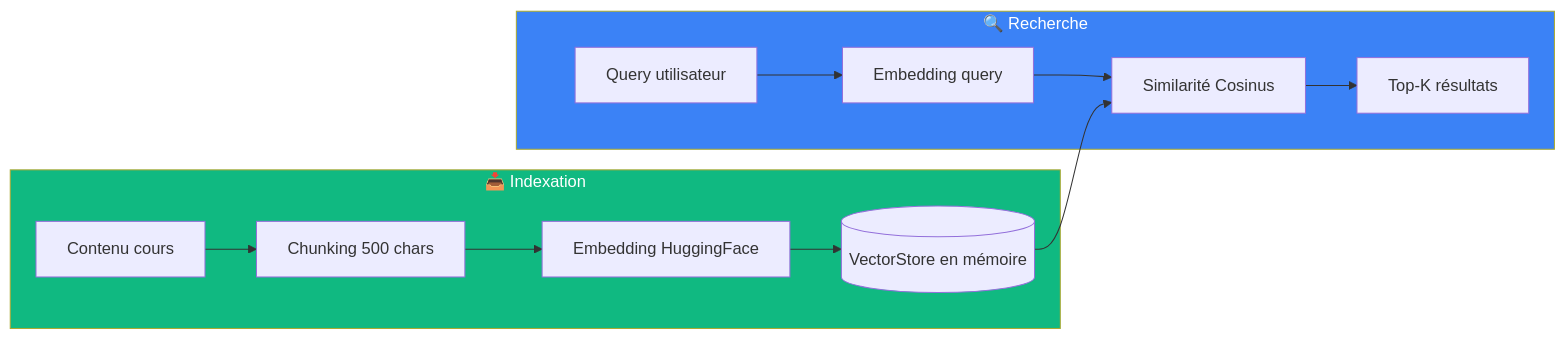
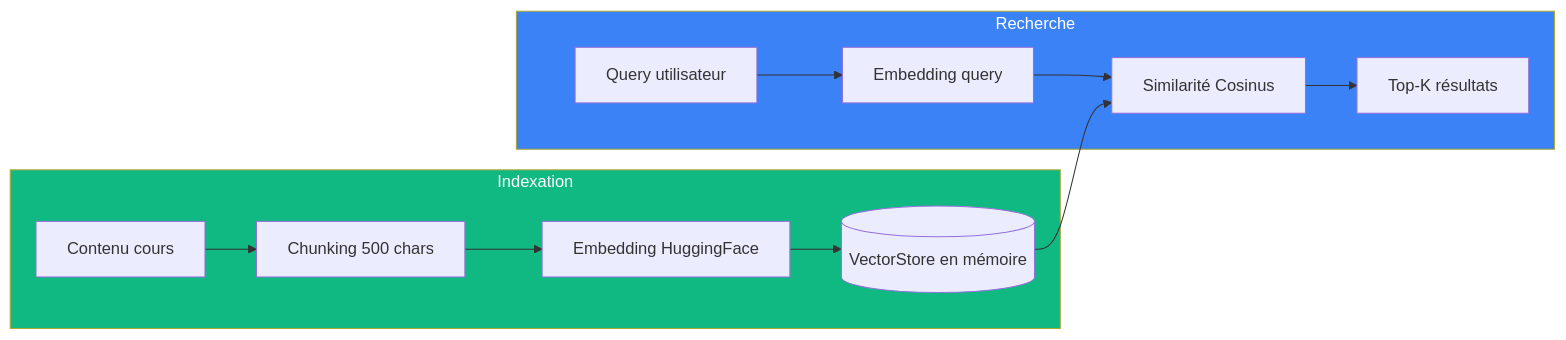
Before and after one commit to AM1N8/Dumpster: the sixth of 12 diagrams in this.md, drawn with Mermaid. The commit also changed other lines of this file, not shown here.

````diff
--- a/this.md
+++ b/this.md
@@ -305,19 +305,19 @@
 ```mermaid
 flowchart LR
-    subgraph INGEST["📥 Indexation"]
+    subgraph INGEST["Indexation"]
         A[Contenu cours] --> B[Chunking 500 chars]
         B --> C[Embedding HuggingFace]
         C --> D[(VectorStore en mémoire)]
     end
     
-    subgraph RETRIEVE["🔍 Recherche"]
+    subgraph RETRIEVE["Recherche"]
         E[Query utilisateur] --> F[Embedding query]
         F --> G[Similarité Cosinus]
         G --> H[Top-K résultats]
     end
     
     D --> G
     
     style INGEST fill:#10b981,color:#fff
     style RETRIEVE fill:#3b82f6,color:#fff
 ```
````
